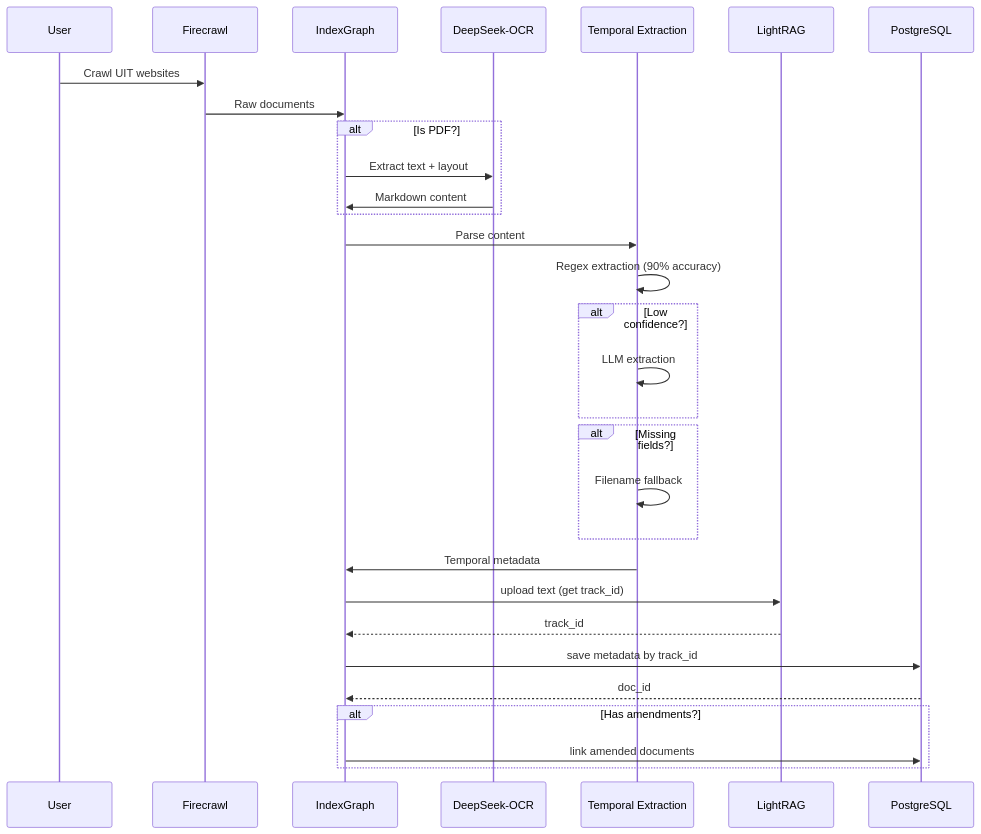
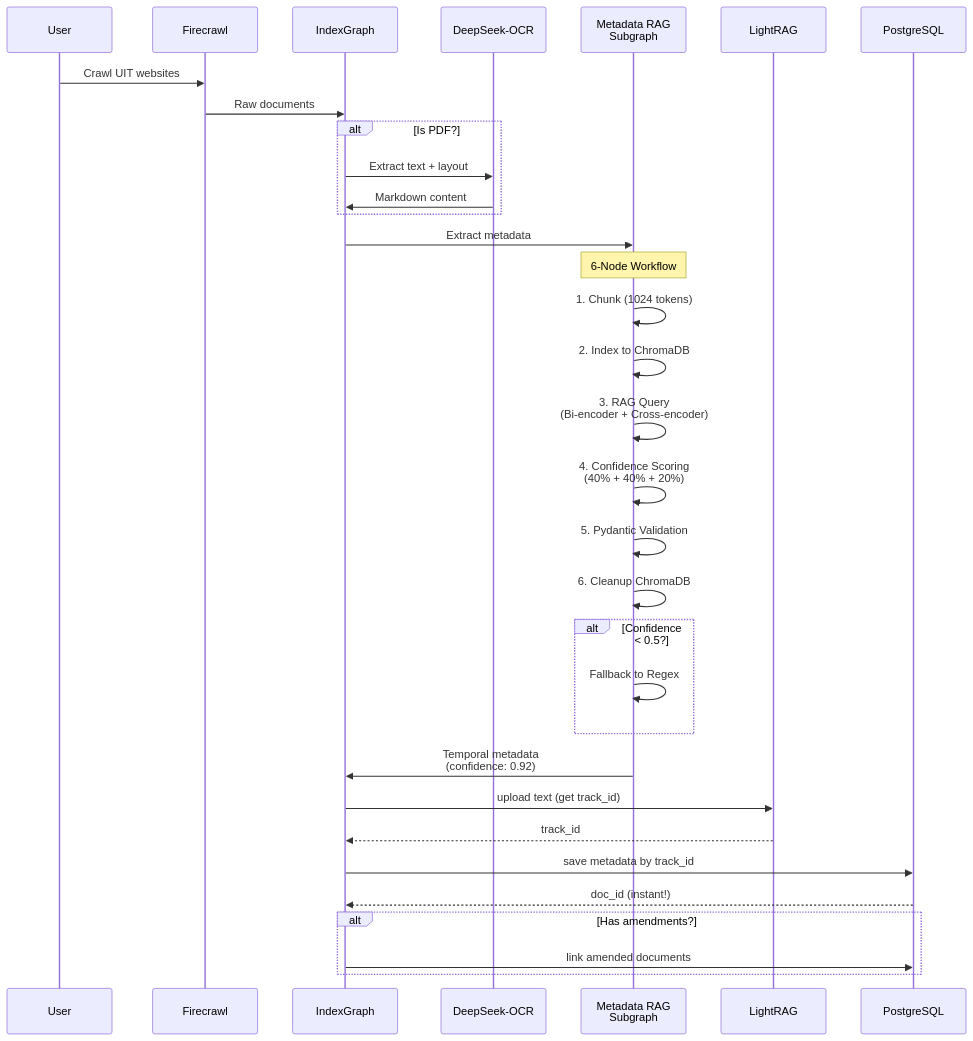
The sixth of 9 diagrams in docs/thesis/TECHNICAL_REPORT_COMPREHENSIVE.md (Jajajou/UIT_DOCS_AGENT), drawn with Mermaid before and after one commit. The commit also changed 2 other files, not shown here.

Commit message:
docs: update RAG design, README and technical report
- 2_agent_rag_design.md: document 3-agent pipeline and metadata RAG subgraph
- README.md: add temporal features, 6-node subgraph, and track_id approach
- TECHNICAL_REPORT_COMPREHENSIVE.md: update with Phase 1.5 and Phase 2 status

````diff
--- a/docs/thesis/TECHNICAL_REPORT_COMPREHENSIVE.md
+++ b/docs/thesis/TECHNICAL_REPORT_COMPREHENSIVE.md
@@ -666,40 +666,43 @@
 ```mermaid
 sequenceDiagram
     participant User
     participant Firecrawl
     participant IndexGraph
     participant OCR as DeepSeek-OCR
-    participant TE as Temporal Extraction
+    participant MRSG as Metadata RAG<br/>Subgraph
     participant LR as LightRAG
     participant PG as PostgreSQL
 
     User->>Firecrawl: Crawl UIT websites
     Firecrawl->>IndexGraph: Raw documents
 
     alt Is PDF?
         IndexGraph->>OCR: Extract text + layout
         OCR->>IndexGraph: Markdown content
     end
 
-    IndexGraph->>TE: Parse content
-    TE->>TE: Regex extraction (90% accuracy)
+    IndexGraph->>MRSG: Extract metadata
 
-    alt Low confidence?
-        TE->>TE: LLM extraction
+    Note over MRSG: 6-Node Workflow
+    MRSG->>MRSG: 1. Chunk (1024 tokens)
+    MRSG->>MRSG: 2. Index to ChromaDB
+    MRSG->>MRSG: 3. RAG Query<br/>(Bi-encoder + Cross-encoder)
+    MRSG->>MRSG: 4. Confidence Scoring<br/>(40% + 40% + 20%)
+    MRSG->>MRSG: 5. Pydantic Validation
+    MRSG->>MRSG: 6. Cleanup ChromaDB
+
+    alt Confidence < 0.5?
+        MRSG->>MRSG: Fallback to Regex
     end
 
-    alt Missing fields?
-        TE->>TE: Filename fallback
-    end
-
-    TE->>IndexGraph: Temporal metadata
+    MRSG->>IndexGraph: Temporal metadata<br/>(confidence: 0.92)
     IndexGraph->>LR: upload text (get track_id)
     LR-->>IndexGraph: track_id
 
     IndexGraph->>PG: save metadata by track_id
-    PG-->>IndexGraph: doc_id
+    PG-->>IndexGraph: doc_id (instant!)
 
     alt Has amendments?
         IndexGraph->>PG: link amended documents
     end
 ```
````
